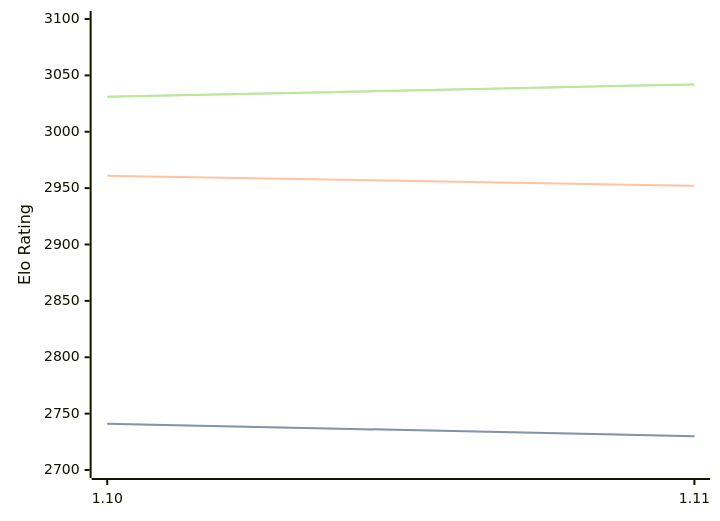
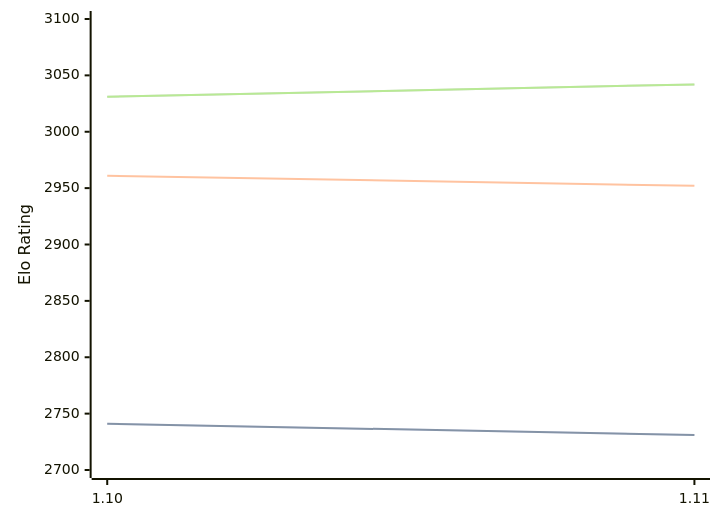
One commit to computer-chess-index/cci changed the diagram in engines/Roc.md. Above: the diagram before and after it, drawn with Mermaid. The commit also changed other lines of this file, not shown here.

````diff
--- a/engines/Roc.md
+++ b/engines/Roc.md
@@ -42,11 +42,11 @@
 ```mermaid
 %%{init: {"theme":"base","themeVariables":{"seriesColors:['#a3a3a3','#222221','#faa371']}}}%%
 xychart-beta
   x-axis ["1.10", "1.11"]
   y-axis "Elo Rating" 2700 --> 3100
-  line "" [2741, 2730]
-  line "STC (8.0+0.08s)" [2741, 2730]
+  line "" [2741, 2731]
+  line "STC (8.0+0.08s)" [2741, 2731]
   line "LTC (60.0+0.60s)" [2961, 2952]
   line "" [3031, 3042]
   line "VLTC (2m24s+1.12s)" [3031, 3042]
 ```
````
